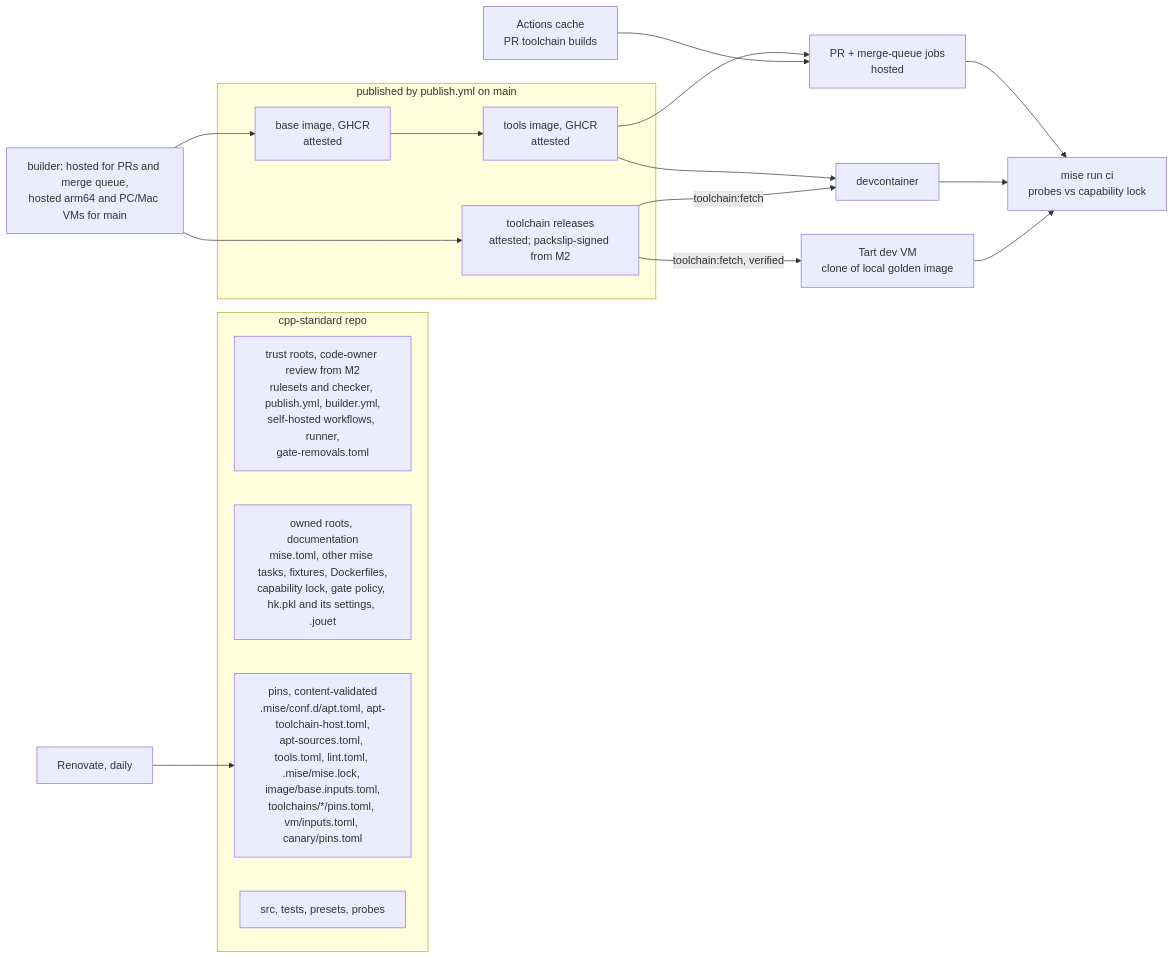
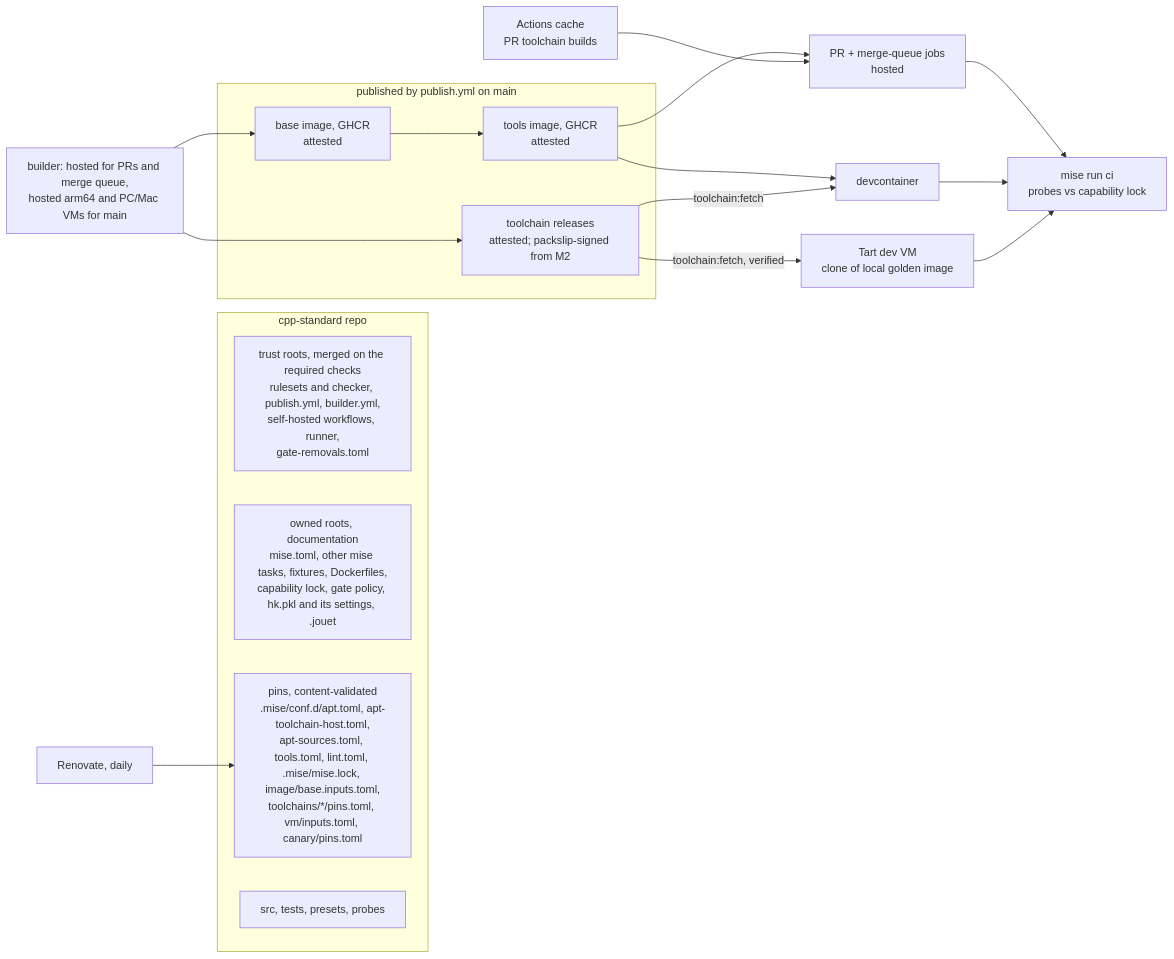
The first of 2 diagrams in docs/designs/environment-standard.md (ray-manaloto/cpp-standard), drawn with Mermaid before and after one commit. The commit also changed other lines of this file and 2 other files, not shown here.

````diff
--- a/docs/designs/environment-standard.md
+++ b/docs/designs/environment-standard.md
@@ -365,26 +375,26 @@
 ```mermaid
 flowchart LR
   subgraph repo[cpp-standard repo]
-    TRUST[trust roots, code-owner review from M2<br/>rulesets and checker, publish.yml, builder.yml,<br/>self-hosted workflows, runner,<br/>gate-removals.toml]
+    TRUST[trust roots, merged on the required checks<br/>rulesets and checker, publish.yml, builder.yml,<br/>self-hosted workflows, runner,<br/>gate-removals.toml]
     OWN[owned roots, documentation<br/>mise.toml, other mise tasks, fixtures, Dockerfiles,<br/>capability lock, gate policy, hk.pkl and its settings, .jouet]
     PINS[pins, content-validated<br/>.mise/conf.d/apt.toml, apt-toolchain-host.toml,<br/>apt-sources.toml, tools.toml, lint.toml, .mise/mise.lock, image/base.inputs.toml,<br/>toolchains/*/pins.toml, vm/inputs.toml, canary/pins.toml]
     CODE[src, tests, presets, probes]
   end
   subgraph out[published by publish.yml on main]
     TA[toolchain releases<br/>attested; packslip-signed from M2]
     BASE[base image, GHCR<br/>attested]
     TOOLS[tools image, GHCR<br/>attested]
   end
   BUILDER[builder: hosted for PRs and merge queue,<br/>hosted arm64 and PC/Mac VMs for main] --> TA
   BUILDER --> BASE --> TOOLS
   TOOLS --> JOB[PR + merge-queue jobs<br/>hosted]
   CACHE[Actions cache<br/>PR toolchain builds] --> JOB
   TA -->|toolchain:fetch, verified| VM
   TOOLS --> DC[devcontainer]
   TA -->|toolchain:fetch| DC
   VM[Tart dev VM<br/>clone of local golden image]
   JOB --> CI[mise run ci<br/>probes vs capability lock]
   DC --> CI
   VM --> CI
   REN[Renovate, daily] --> PINS
 ```
````
